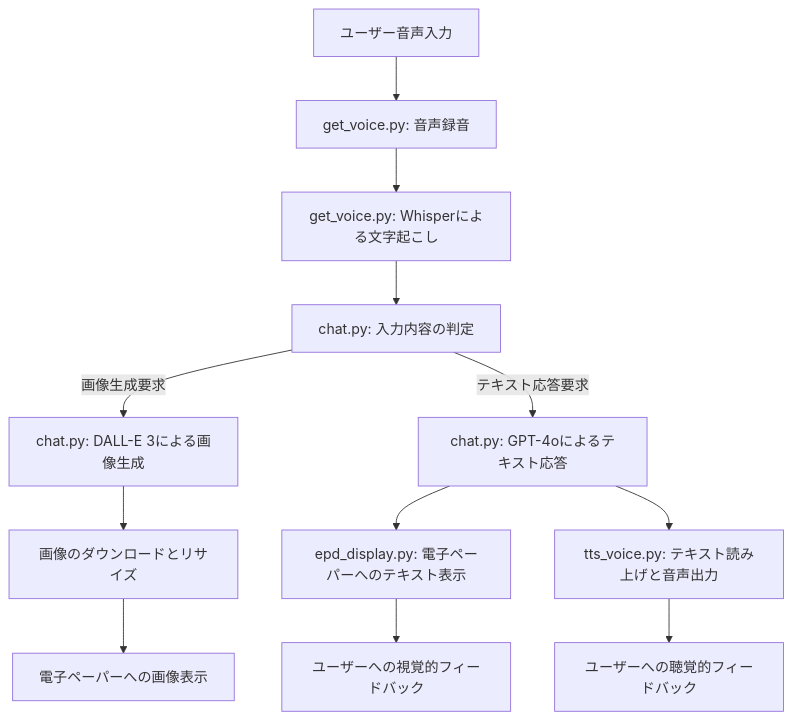
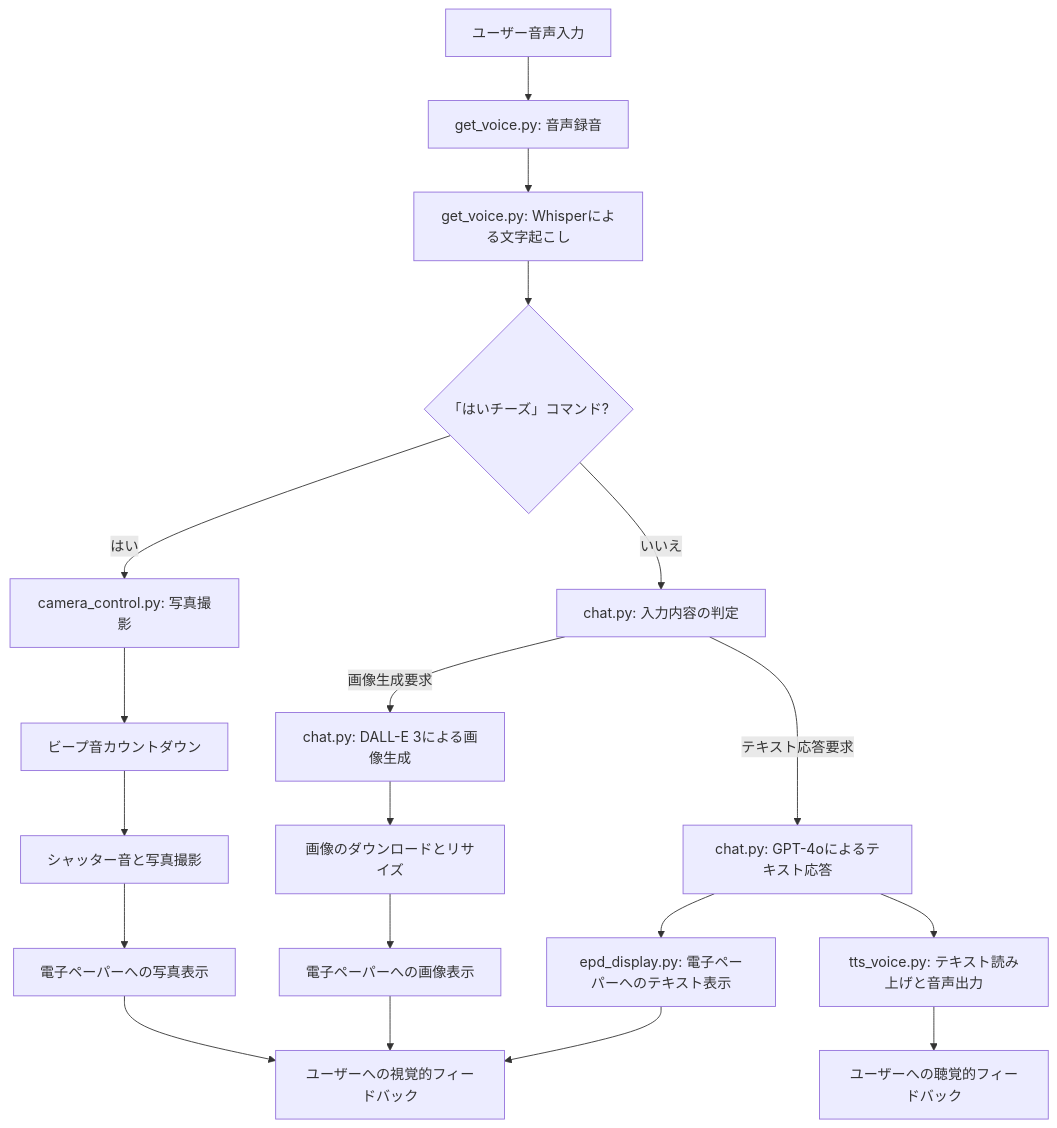
The diagram in README.md (ym-dskr/auto_speaker), drawn with Mermaid before and after one commit. The commit also changed other lines of this file and 6 other files, not shown here.

````diff
--- a/README.md
+++ b/README.md
@@ -81,14 +97,21 @@
 ```mermaid
 graph TD
     A[ユーザー音声入力] --> B[get_voice.py: 音声録音]
     B --> C[get_voice.py: Whisperによる文字起こし]
-    C --> D[chat.py: 入力内容の判定]
-    D -->|画像生成要求| E[chat.py: DALL-E 3による画像生成]
-    D -->|テキスト応答要求| F[chat.py: GPT-4oによるテキスト応答]
-    E --> G[画像のダウンロードとリサイズ]
-    G --> H[電子ペーパーへの画像表示]
-    F --> I[epd_display.py: 電子ペーパーへのテキスト表示]
-    F --> J[tts_voice.py: テキスト読み上げと音声出力]
-    I --> K[ユーザーへの視覚的フィードバック]
+    C --> D1{「はいチーズ」コマンド?}
+    D1 -->|はい| E1[camera_control.py: 写真撮影]
+    E1 --> F1[ビープ音カウントダウン]
+    F1 --> G1[シャッター音と写真撮影]
+    G1 --> H1[電子ペーパーへの写真表示]
+    D1 -->|いいえ| D2[chat.py: 入力内容の判定]
+    D2 -->|画像生成要求| E2[chat.py: DALL-E 3による画像生成]
+    D2 -->|テキスト応答要求| F2[chat.py: GPT-4oによるテキスト応答]
+    E2 --> G2[画像のダウンロードとリサイズ]
+    G2 --> H2[電子ペーパーへの画像表示]
+    F2 --> I[epd_display.py: 電子ペーパーへのテキスト表示]
+    F2 --> J[tts_voice.py: テキスト読み上げと音声出力]
+    H1 --> K[ユーザーへの視覚的フィードバック]
+    H2 --> K
+    I --> K
     J --> L[ユーザーへの聴覚的フィードバック]
 ```
````
